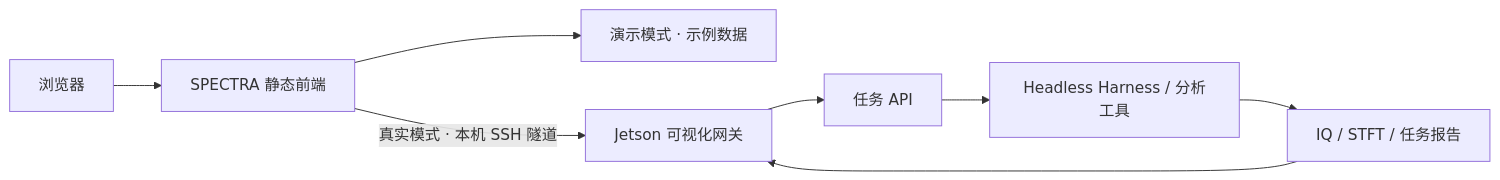
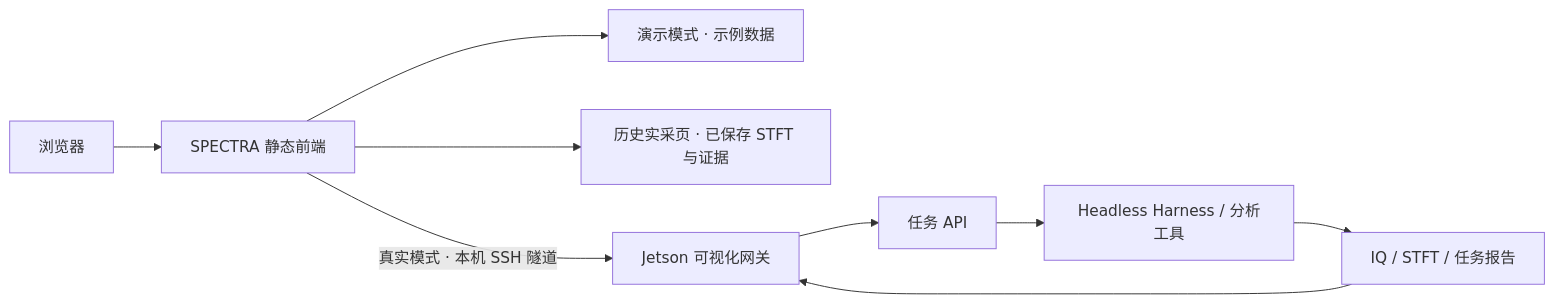
Before and after one commit to zh-zehui/spectra-console-ui: the diagram in README.md, drawn with Mermaid. The commit also changed other lines of this file and 24 other files, not shown here.

````diff
--- a/README.md
+++ b/README.md
@@ -77,10 +98,11 @@
 ```mermaid
 flowchart LR
     Visitor[浏览器] --> UI[SPECTRA 静态前端]
     UI --> Demo[演示模式 · 示例数据]
+    UI --> Archive[历史实采页 · 已保存 STFT 与证据]
     UI -->|真实模式 · 本机 SSH 隧道| Gateway[Jetson 可视化网关]
     Gateway --> API[任务 API]
     API --> Harness[Headless Harness / 分析工具]
     Harness --> Results[IQ / STFT / 任务报告]
     Results --> Gateway
 ```
````
